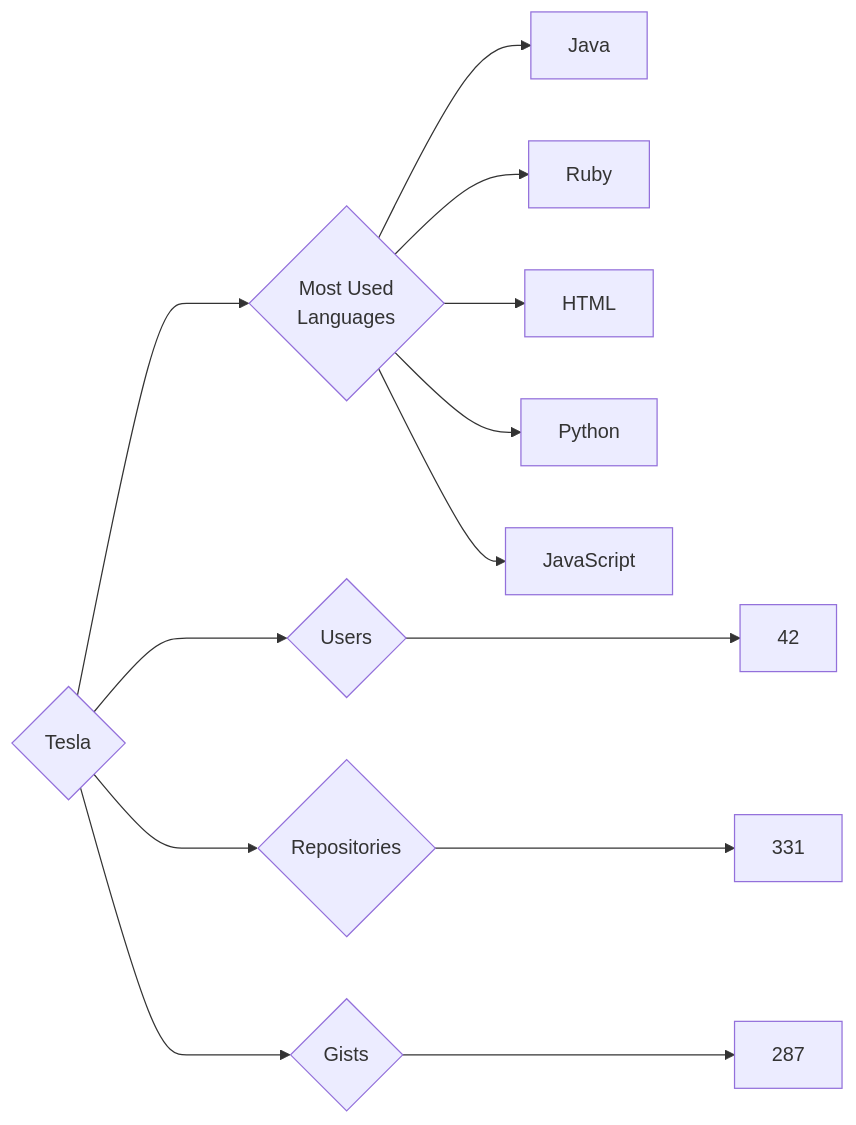
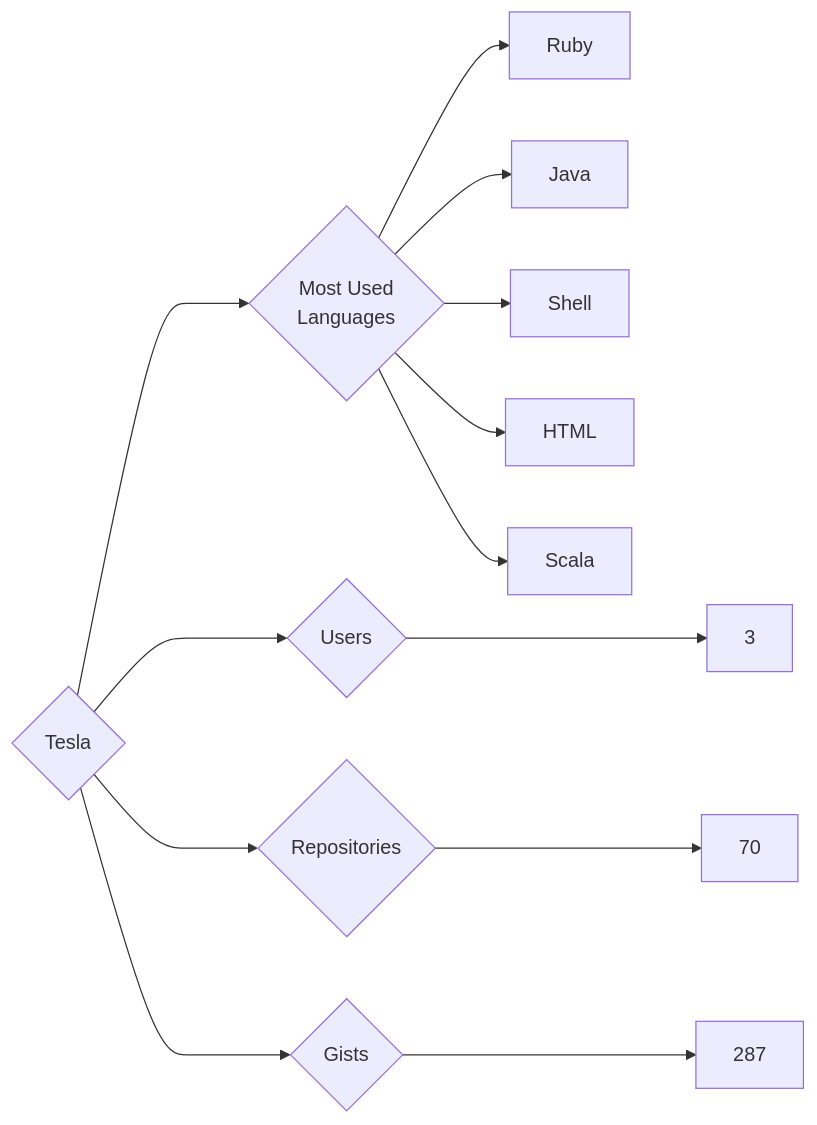
The diagram in targets/Tesla/README.md (trickest/insiders), drawn with Mermaid before and after one commit. The commit also changed 823 other files, not shown here.

````diff
--- a/targets/Tesla/README.md
+++ b/targets/Tesla/README.md
@@ -3,13 +3,13 @@
 ```mermaid
 graph LR
 COMPANY_NAME{Tesla}
-COMPANY_NAME ---> U{Users} ---> UN[42]
-COMPANY_NAME ---> R{Repositories} ---> RN[331]
+COMPANY_NAME ---> U{Users} ---> UN[3]
+COMPANY_NAME ---> R{Repositories} ---> RN[70]
 COMPANY_NAME ---> G{Gists} ---> GN[287]
 COMPANY_NAME ---> ML{Most Used<br>Languages}
+ML --> Ruby[Ruby]
 ML --> Java[Java]
-ML --> Ruby[Ruby]
+ML --> Shell[Shell]
 ML --> HTML[HTML]
-ML --> Python[Python]
-ML --> JavaScript[JavaScript]
+ML --> Scala[Scala]
 ```
````
